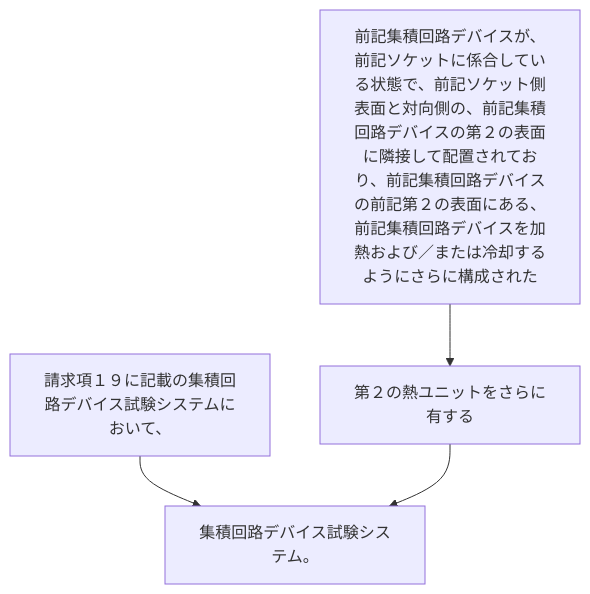
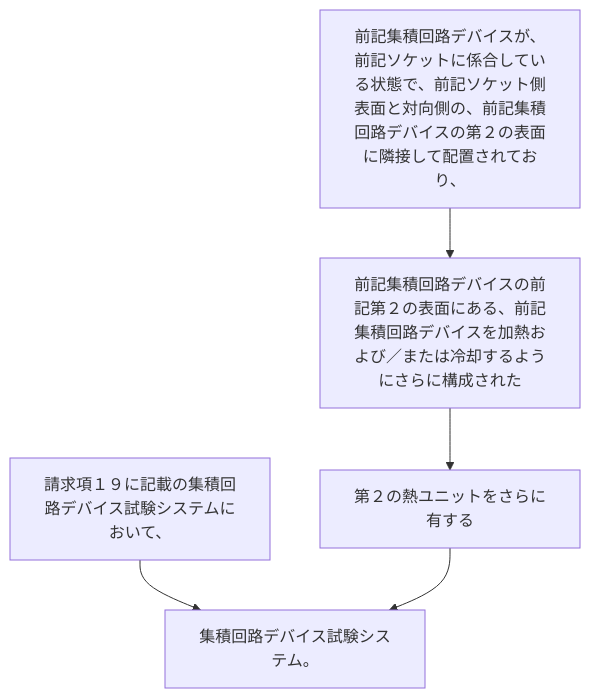
Before and after one commit to shinmori55/patent_analyzed: the diagram in 2024/JP2024023283A/claim_20/README.md, drawn with Mermaid. The commit also changed 336 other files, not shown here.

````diff
--- a/2024/JP2024023283A/claim_20/README.md
+++ b/2024/JP2024023283A/claim_20/README.md
@@ -3,11 +3,12 @@
 ```mermaid
 flowchart TD
 A[請求項１９に記載の集積回路デバイス試験システムにおいて、]
-B[前記集積回路デバイスが、前記ソケットに係合している状態で、前記ソケット側表面と対向側の、前記集積回路デバイスの第２の表面に隣接して配置されており、前記集積回路デバイスの前記第２の表面にある、前記集積回路デバイスを加熱および／または冷却するようにさらに構成された]
-C[第２の熱ユニットをさらに有する]
-D[集積回路デバイス試験システム。]
-
-A --> D
+B[前記集積回路デバイスが、前記ソケットに係合している状態で、前記ソケット側表面と対向側の、前記集積回路デバイスの第２の表面に隣接して配置されており、]
+C[前記集積回路デバイスの前記第２の表面にある、前記集積回路デバイスを加熱および／または冷却するようにさらに構成された]
+D[第２の熱ユニットをさらに有する]
+E[集積回路デバイス試験システム。]
+A --> E
 B --> C
 C --> D
+D --> E
 ```
````
